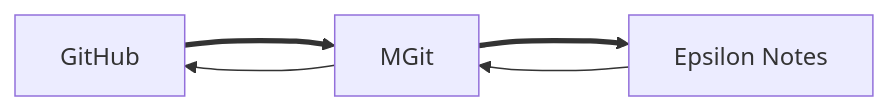
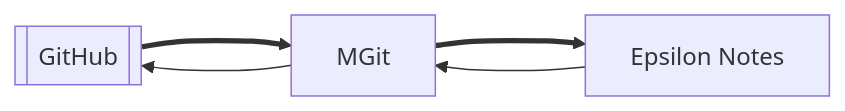
The diagram in README.md (dudung/kuno), drawn with Mermaid before and after one commit.

````diff
--- a/README.md
+++ b/README.md
@@ -12,7 +12,7 @@
   ```mermaid
   graph LR
-  A[GitHub];
+  A[[GitHub]];
   B[MGit];
   C[Epsilon Notes];
   A ===> B ===> C ---> B ---> A
   ```
````
